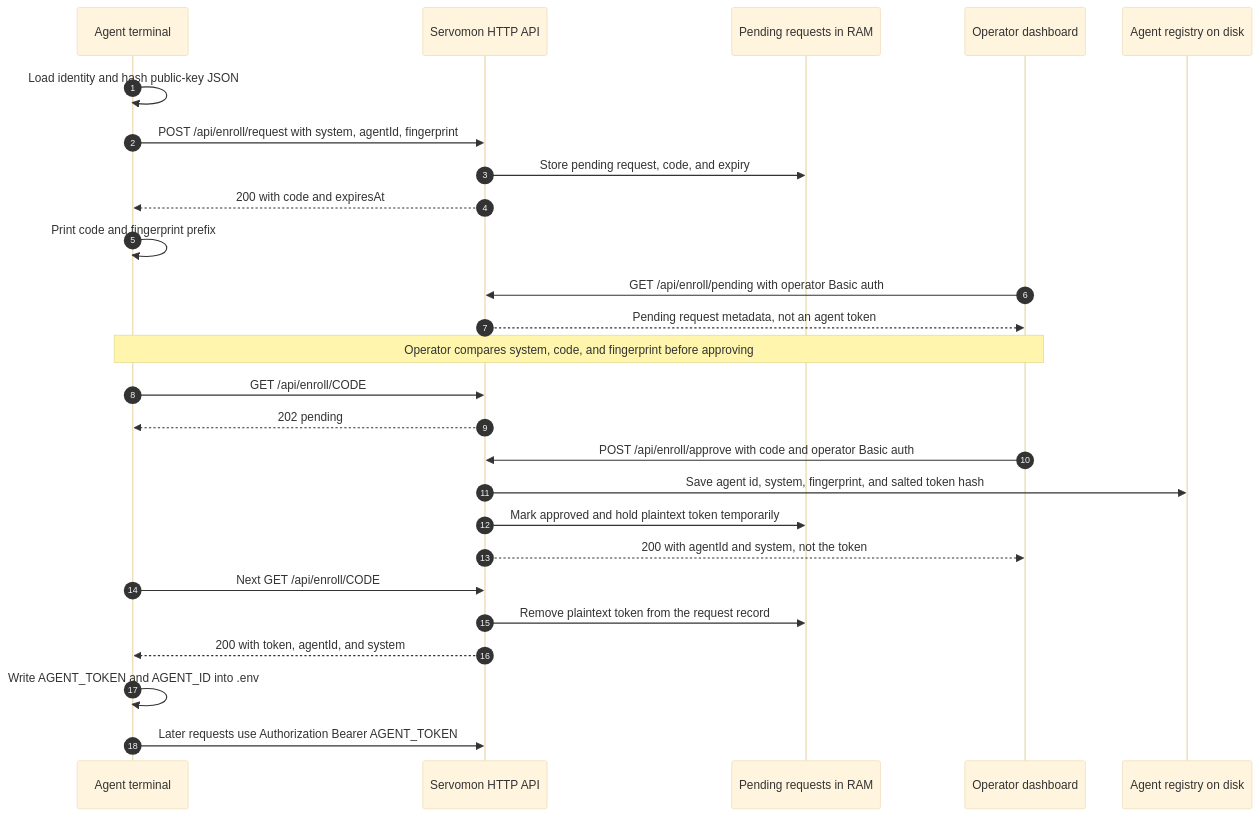
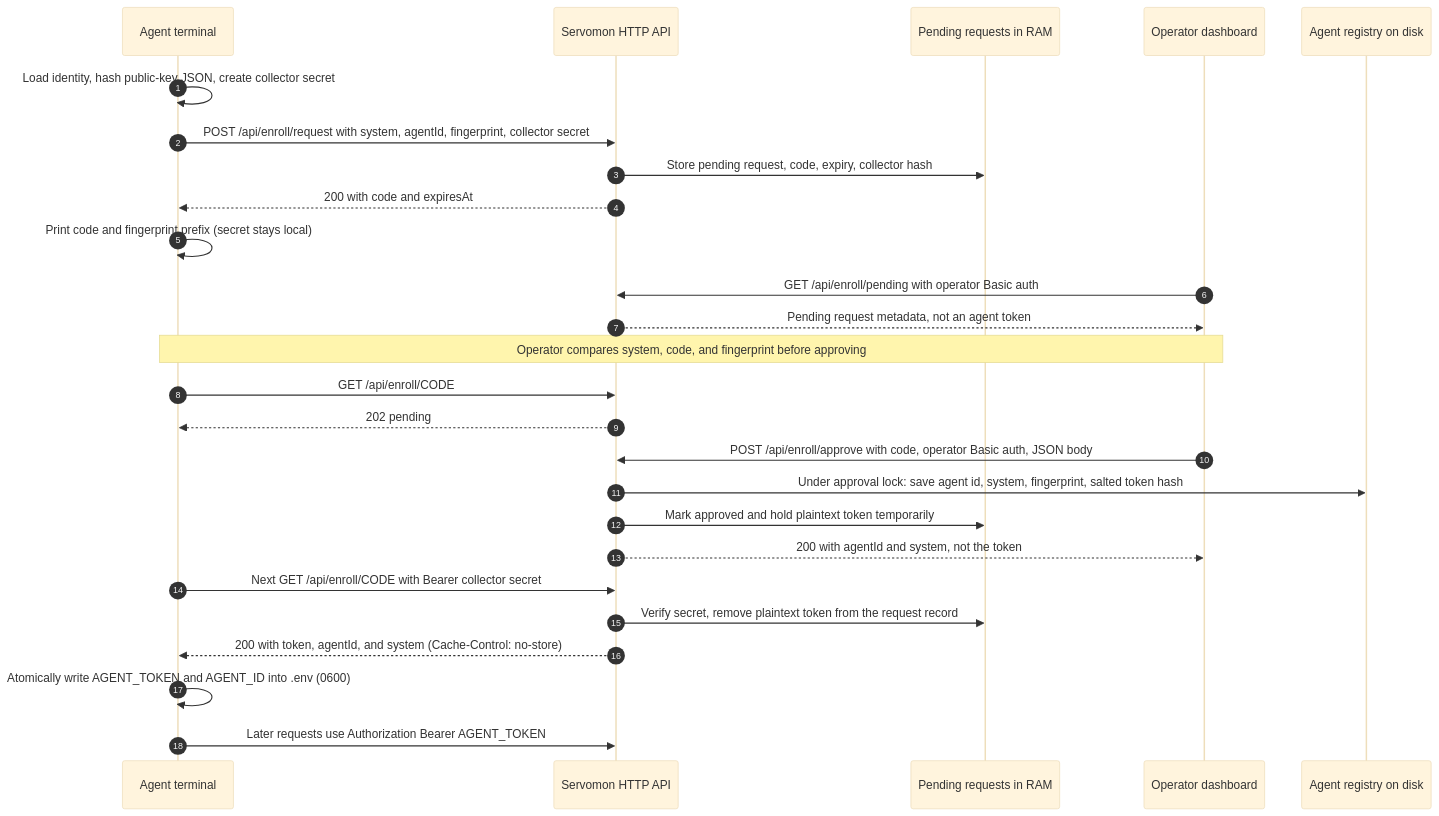
The second of 4 diagrams in docs/agent-enrollment.md (nirjan-dev/servomon), drawn with Mermaid (base theme) before and after one commit. The commit also changed other lines of this file and 17 other files, not shown here.

````diff
--- a/docs/agent-enrollment.md
+++ b/docs/agent-enrollment.md
@@ -70,28 +71,28 @@
 ```mermaid
 sequenceDiagram
     autonumber
     participant A as Agent terminal
     participant API as Servomon HTTP API
     participant M as Pending requests in RAM
     participant O as Operator dashboard
     participant D as Agent registry on disk
-    A->>A: Load identity and hash public-key JSON
-    A->>API: POST /api/enroll/request with system, agentId, fingerprint
-    API->>M: Store pending request, code, and expiry
+    A->>A: Load identity, hash public-key JSON, create collector secret
+    A->>API: POST /api/enroll/request with system, agentId, fingerprint, collector secret
+    API->>M: Store pending request, code, expiry, collector hash
     API-->>A: 200 with code and expiresAt
-    A->>A: Print code and fingerprint prefix
+    A->>A: Print code and fingerprint prefix (secret stays local)
     O->>API: GET /api/enroll/pending with operator Basic auth
     API-->>O: Pending request metadata, not an agent token
     Note over A,O: Operator compares system, code, and fingerprint before approving
     A->>API: GET /api/enroll/CODE
     API-->>A: 202 pending
-    O->>API: POST /api/enroll/approve with code and operator Basic auth
-    API->>D: Save agent id, system, fingerprint, and salted token hash
+    O->>API: POST /api/enroll/approve with code, operator Basic auth, JSON body
+    API->>D: Under approval lock: save agent id, system, fingerprint, salted token hash
     API->>M: Mark approved and hold plaintext token temporarily
     API-->>O: 200 with agentId and system, not the token
-    A->>API: Next GET /api/enroll/CODE
-    API->>M: Remove plaintext token from the request record
-    API-->>A: 200 with token, agentId, and system
-    A->>A: Write AGENT_TOKEN and AGENT_ID into .env
+    A->>API: Next GET /api/enroll/CODE with Bearer collector secret
+    API->>M: Verify secret, remove plaintext token from the request record
+    API-->>A: 200 with token, agentId, and system (Cache-Control: no-store)
+    A->>A: Atomically write AGENT_TOKEN and AGENT_ID into .env (0600)
     A->>API: Later requests use Authorization Bearer AGENT_TOKEN
 ```
````
